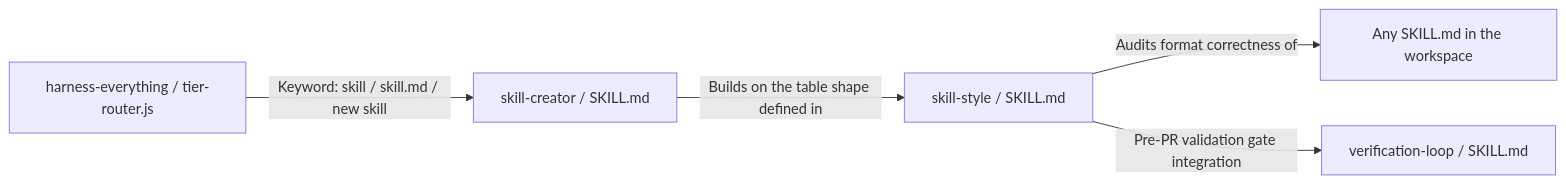
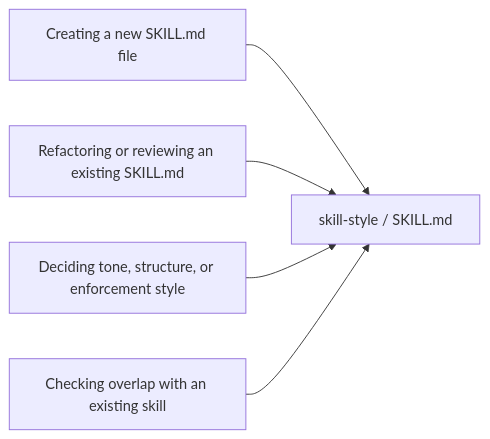
The third of 4 diagrams in docs/workflows/skill-style.md (dyphn1/Harness-everything), drawn with Mermaid before and after one commit. The commit also changed other lines of this file and 16 other files, not shown here.

````diff
--- a/docs/workflows/skill-style.md
+++ b/docs/workflows/skill-style.md
@@ -30,7 +30,7 @@
 ```mermaid
 graph LR
-  Router["harness-everything / tier-router.js"] -->|Keyword: skill / skill.md / new skill| Creator["skill-creator / SKILL.md"]
-  Creator -->|Builds on the table shape defined in| SkillStyle["skill-style / SKILL.md"]
-  SkillStyle -->|Audits format correctness of| OtherSkills["Any SKILL.md in the workspace"]
-  SkillStyle -->|Pre-PR validation gate integration| VerLoop["verification-loop / SKILL.md"]
+  NewSkillReq["Creating a new SKILL.md file"] --> StyleSkill["skill-style / SKILL.md"]
+  RefactorReq["Refactoring or reviewing an existing SKILL.md"] --> StyleSkill
+  ToneReq["Deciding tone, structure, or enforcement style"] --> StyleSkill
+  OverlapReq["Checking overlap with an existing skill"] --> StyleSkill
 ```
````
